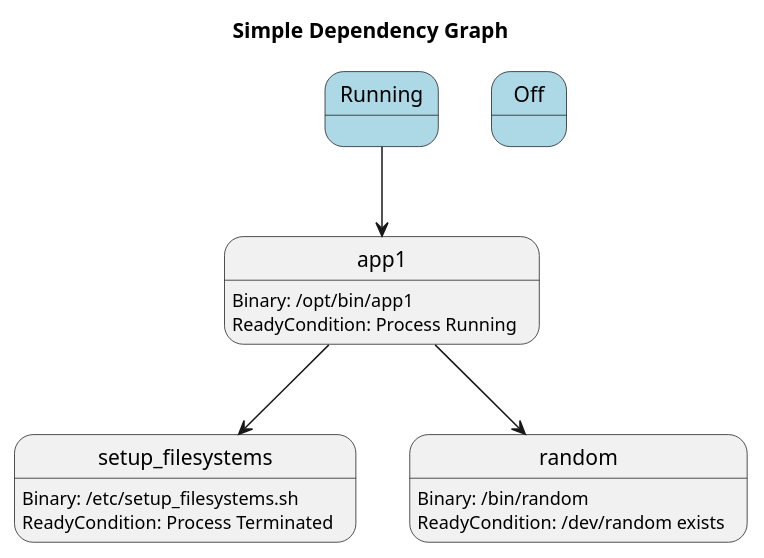
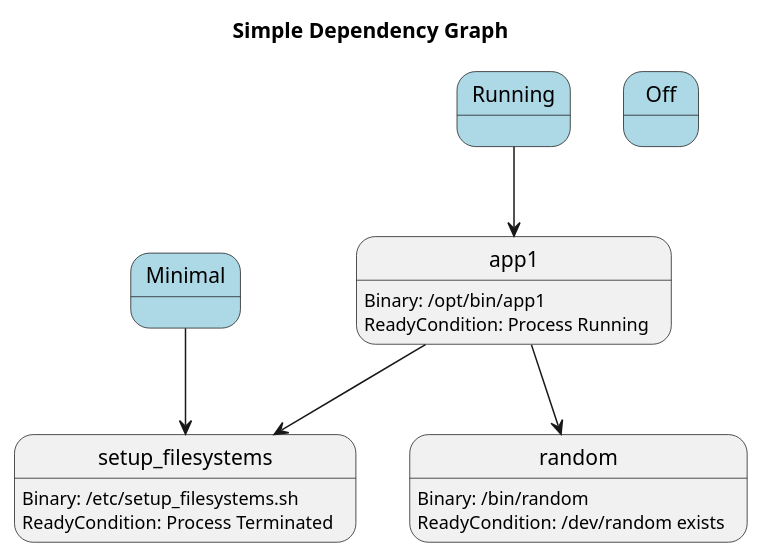
The diagram in docs/features/lifecycle/architecture/_assets/launch_manager_small_example_graph.puml (eclipse-score/lifecycle), drawn with PlantUML before and after one commit. The commit also changed 3 other files, not shown here.

Commit message:
Add Run Target activation diagrams

```diff
--- a/docs/features/lifecycle/architecture/_assets/launch_manager_small_example_graph.puml
+++ b/docs/features/lifecycle/architecture/_assets/launch_manager_small_example_graph.puml
@@ -14,16 +14,18 @@
 @startuml
   title Simple Dependency Graph
 
   state Running #lightblue
+  state Minimal #lightblue
   state Off #lightblue
 
 
   state app1: Binary: /opt/bin/app1\nReadyCondition: Process Running
 
   state setup_filesystems: Binary: /etc/setup_filesystems.sh\nReadyCondition: Process Terminated
   state random: Binary: /bin/random\nReadyCondition: /dev/random exists
 
   Running --> app1
+  Minimal --> setup_filesystems
   app1 --> setup_filesystems
   app1 --> random
 @enduml
```
